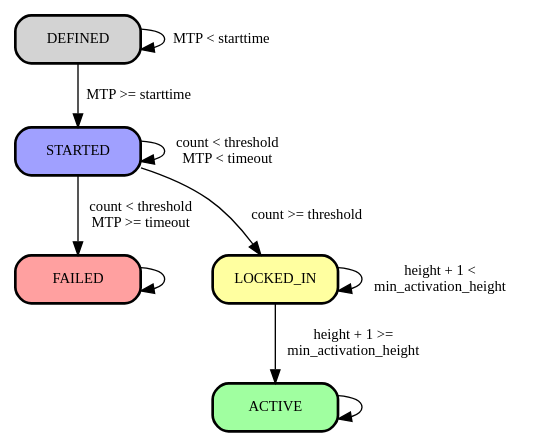
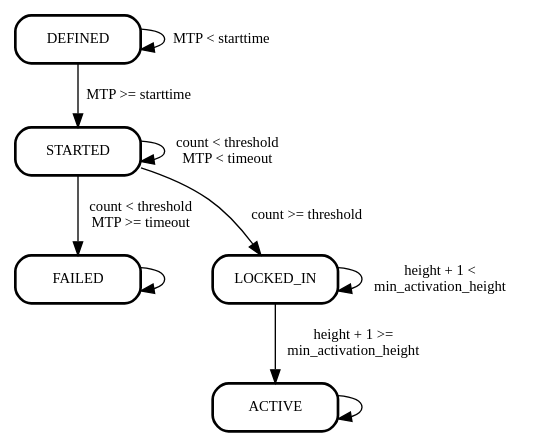
Before and after one commit to Sjors/nado-book: the diagram in taproot/speedy_trial.dot, drawn with Graphviz. The commit also changed 7 other files, not shown here.

```diff
--- a/taproot/speedy_trial.dot
+++ b/taproot/speedy_trial.dot
@@ -1,31 +1,31 @@
 digraph {
   rankdir=TD;
 
-  node [fontname="lmtt", fontsize=11, fixedsize=true, width=1.3, shape=box, style="rounded,filled,bold"];
+  node [fontname="lmtt", fontsize=11, fixedsize=true, width=1.3, shape=box, style="rounded,bold"];
 
   edge [fontname="lmtt", fontsize=11];
 
   edge [weight = 100];
   "DEFINED" -> "STARTED" [label=" MTP >= starttime"];
   "STARTED" -> "FAILED" [label=" count < threshold\nMTP >= timeout"];
   "LOCKED_IN" -> "LOCKED_IN" [label=" height + 1 <\n min_activation_height"];
   "LOCKED_IN" -> "ACTIVE" [label=" height + 1 >=\n min_activation_height"];
 
   edge [weight = 1];
   "STARTED" -> "LOCKED_IN" [label="count >= threshold"];
 
   "FAILED" -> "LOCKED_IN" [style=invis];
 
   "DEFINED"-> "DEFINED" [label=" MTP < starttime"];
   "STARTED"-> "STARTED" [label=" count < threshold\nMTP < timeout"];
   "ACTIVE" -> "ACTIVE";
   "FAILED" -> "FAILED";
 
-  "STARTED" [fillcolor="#a0a0ff"];
-  "LOCKED_IN" [fillcolor="#ffffa0"];
-  "ACTIVE" [fillcolor="#a0ffa0"];
-  "FAILED" [fillcolor="#ffa0a0"];
+  "STARTED";
+  "LOCKED_IN";
+  "ACTIVE";
+  "FAILED";
 
   { rank=same; "FAILED" "LOCKED_IN" }
   { rank=sink; "ACTIVE" }
 }
```
